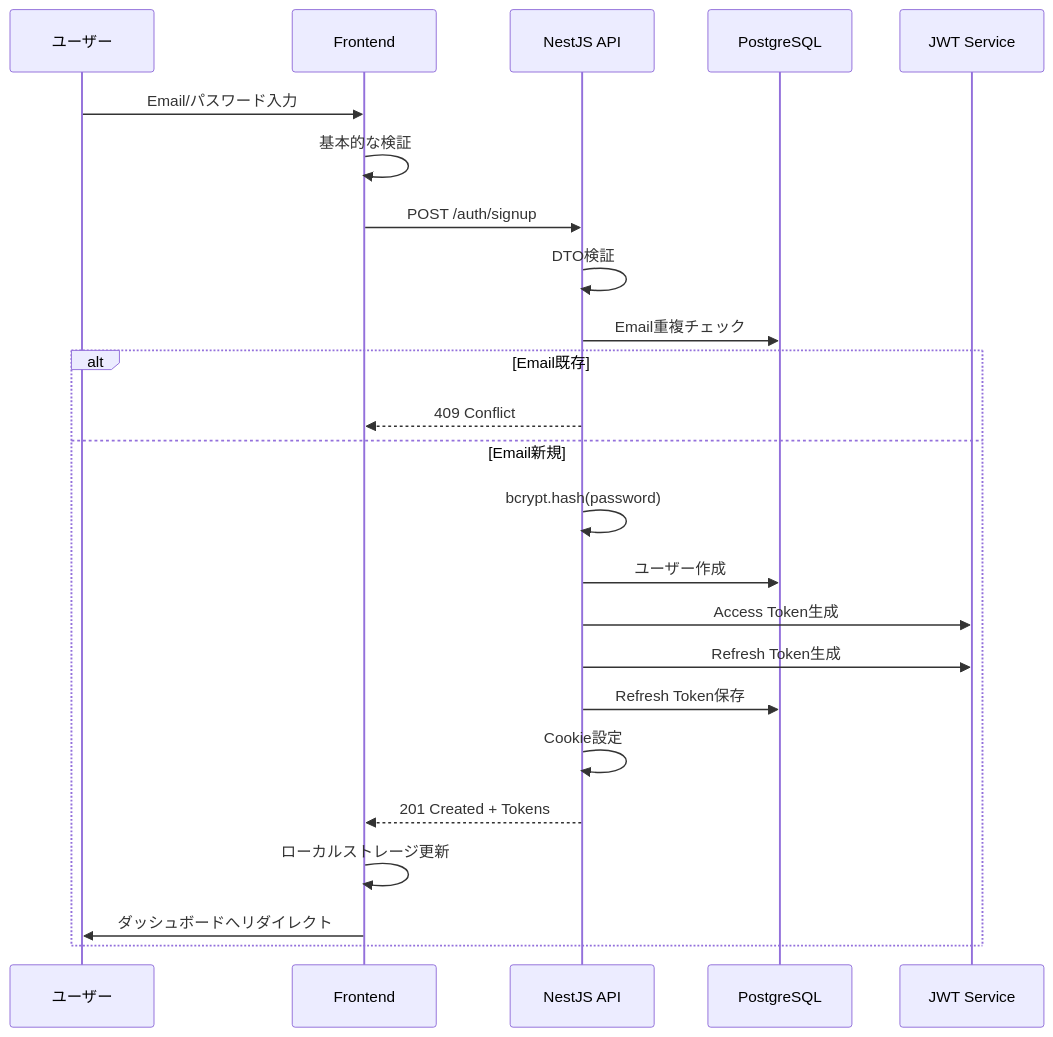
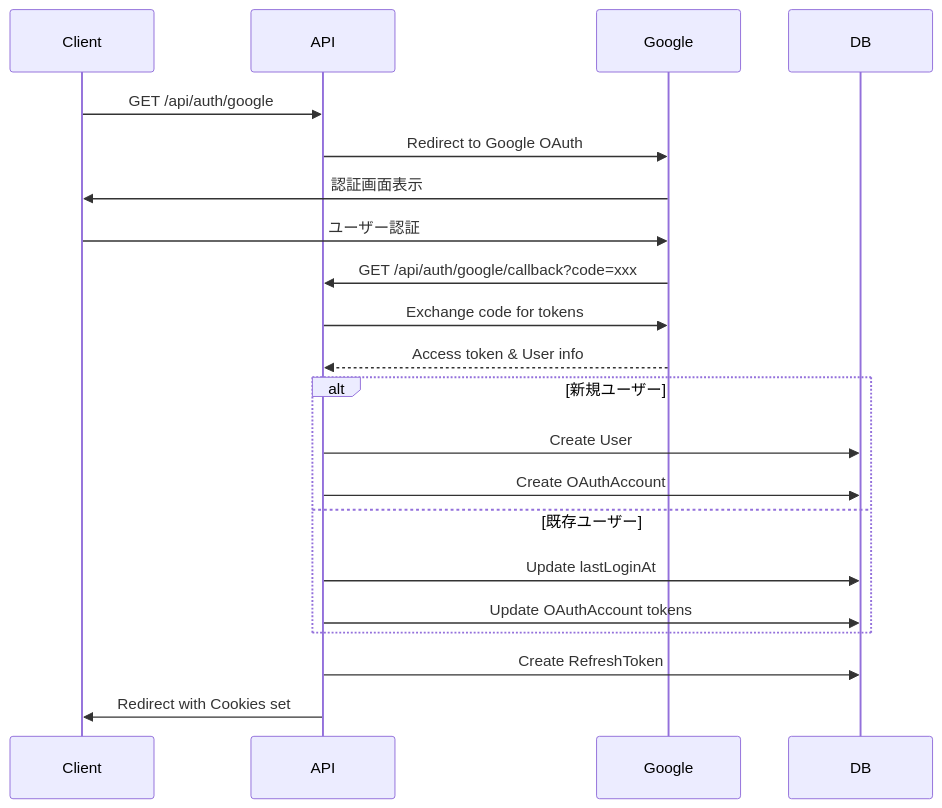
Before and after one commit to anji0114/Axis42: the first of 2 diagrams in api/design-doc/signup.md, drawn with Mermaid. The commit also changed other lines of this file and 14 other files, not shown here.

Commit message:
google auth

````diff
--- a/api/design-doc/signup.md
+++ b/api/design-doc/signup.md
@@ -194,27 +134,26 @@
 ```mermaid
 sequenceDiagram
-    participant U as ユーザー
-    participant F as Frontend
-    participant API as NestJS API
-    participant DB as PostgreSQL
-    participant JWT as JWT Service
+    participant Client
+    participant API
+    participant Google
+    participant DB
 
-    U->>F: Email/パスワード入力
-    F->>F: 基本的な検証
-    F->>API: POST /auth/signup
-    API->>API: DTO検証
-    API->>DB: Email重複チェック
-    alt Email既存
-        API-->>F: 409 Conflict
-    else Email新規
-        API->>API: bcrypt.hash(password)
-        API->>DB: ユーザー作成
-        API->>JWT: Access Token生成
-        API->>JWT: Refresh Token生成
-        API->>DB: Refresh Token保存
-        API->>API: Cookie設定
-        API-->>F: 201 Created + Tokens
-        F->>F: ローカルストレージ更新
-        F->>U: ダッシュボードへリダイレクト
+    Client->>API: GET /api/auth/google
+    API->>Google: Redirect to Google OAuth
+    Google->>Client: 認証画面表示
+    Client->>Google: ユーザー認証
+    Google->>API: GET /api/auth/google/callback?code=xxx
+    API->>Google: Exchange code for tokens
+    Google-->>API: Access token & User info
+    
+    alt 新規ユーザー
+        API->>DB: Create User
+        API->>DB: Create OAuthAccount
+    else 既存ユーザー
+        API->>DB: Update lastLoginAt
+        API->>DB: Update OAuthAccount tokens
     end
+    
+    API->>DB: Create RefreshToken
+    API->>Client: Redirect with Cookies set
 ```
````
